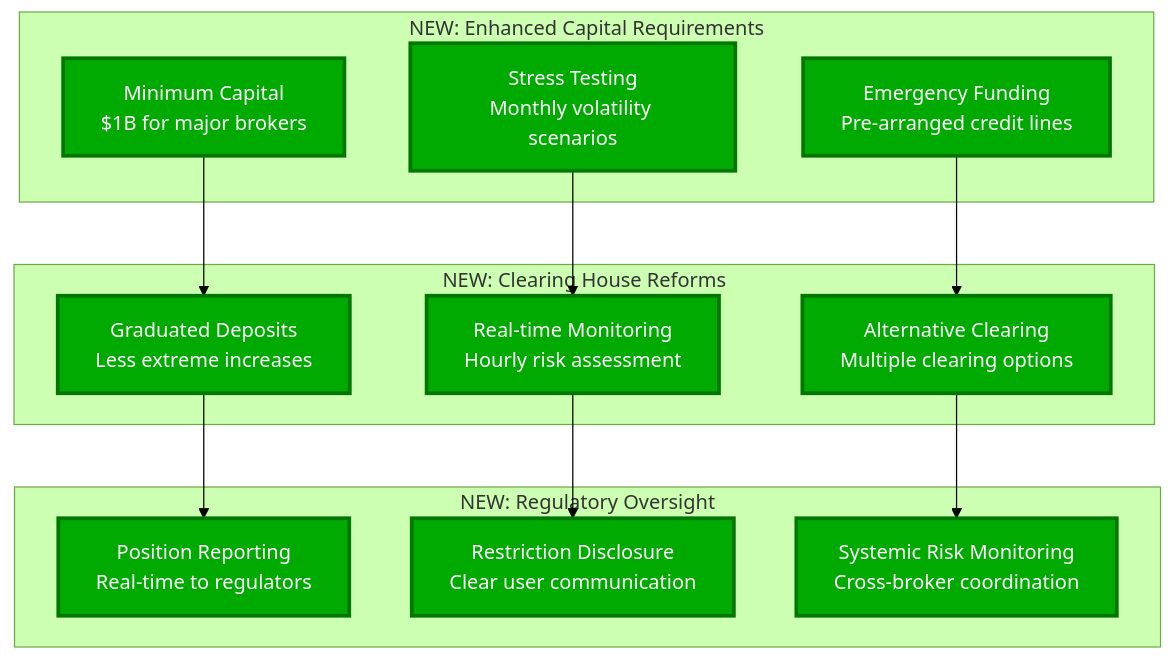
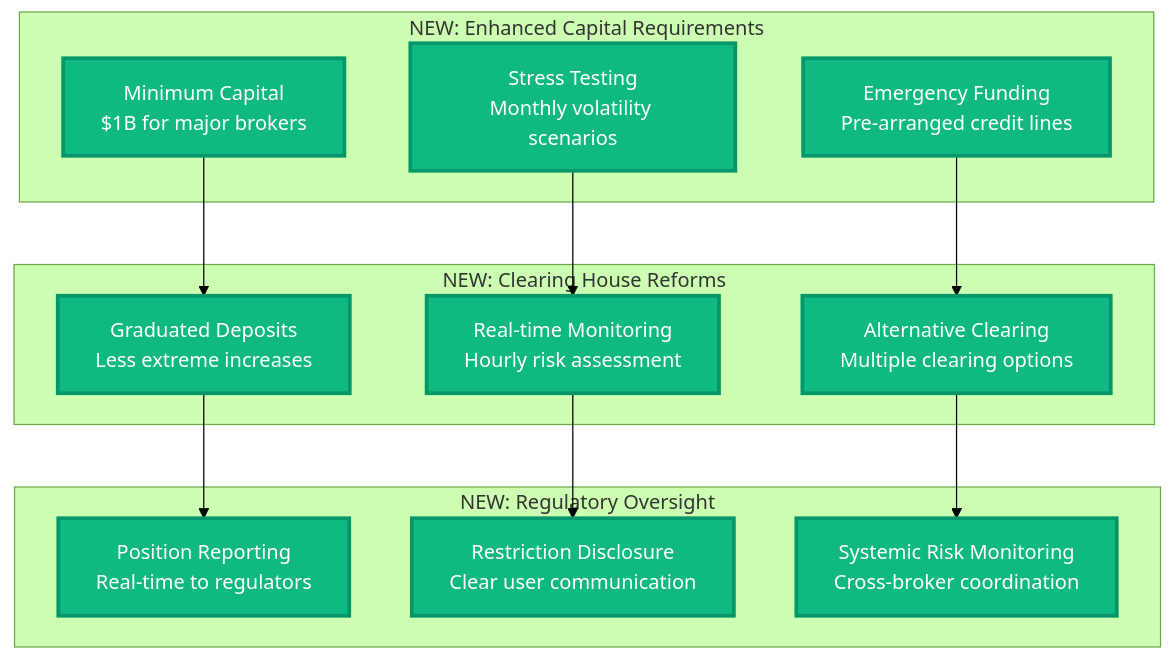
The tenth of 11 diagrams in site/docs/incidents/robinhood-january-2021.md (deepaucksharma/DS), drawn with Mermaid (forest theme) before and after one commit. The commit also changed other lines of this file and 303 other files, not shown here.

````diff
--- a/site/docs/incidents/robinhood-january-2021.md
+++ b/site/docs/incidents/robinhood-january-2021.md
@@ -359,31 +359,31 @@
 ```mermaid
 graph TB
     subgraph "NEW: Enhanced Capital Requirements"
         CAPITAL1[Minimum Capital<br/>$1B for major brokers]
         CAPITAL2[Stress Testing<br/>Monthly volatility scenarios]
         CAPITAL3[Emergency Funding<br/>Pre-arranged credit lines]
     end
 
     subgraph "NEW: Clearing House Reforms"
         CLEAR1[Graduated Deposits<br/>Less extreme increases]
         CLEAR2[Real-time Monitoring<br/>Hourly risk assessment]
         CLEAR3[Alternative Clearing<br/>Multiple clearing options]
     end
 
     subgraph "NEW: Regulatory Oversight"
         REG1[Position Reporting<br/>Real-time to regulators]
         REG2[Restriction Disclosure<br/>Clear user communication]
         REG3[Systemic Risk Monitoring<br/>Cross-broker coordination]
     end
 
     CAPITAL1 --> CLEAR1
     CAPITAL2 --> CLEAR2
     CAPITAL3 --> CLEAR3
 
     CLEAR1 --> REG1
     CLEAR2 --> REG2
     CLEAR3 --> REG3
 
-    classDef reformStyle fill:#00AA00,stroke:#007700,color:#fff,stroke-width:3px
+    classDef reformStyle fill:#10B981,stroke:#059669,color:#fff,stroke-width:3px
     class CAPITAL1,CAPITAL2,CAPITAL3,CLEAR1,CLEAR2,CLEAR3,REG1,REG2,REG3 reformStyle
 ```
````
